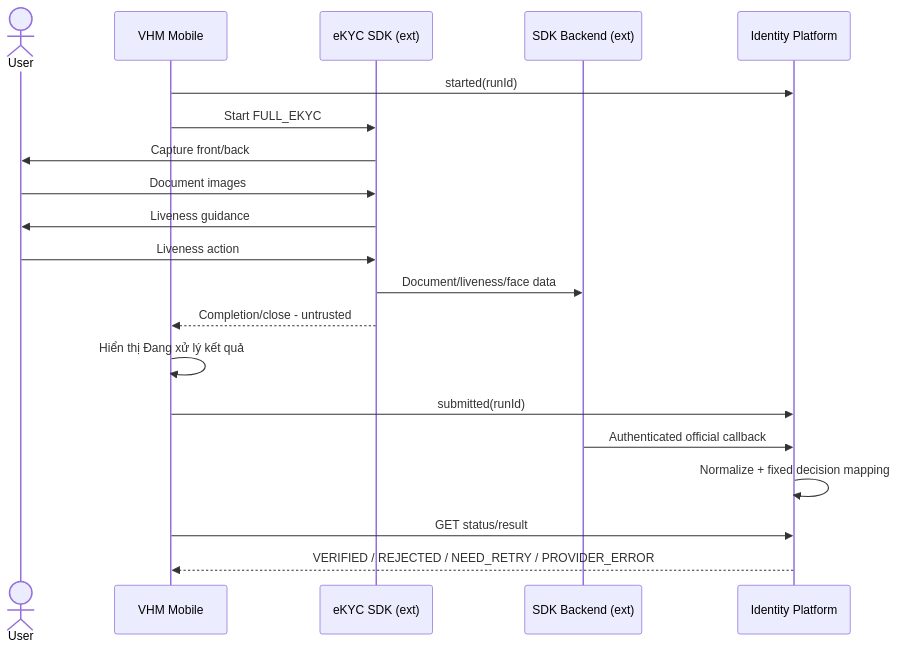
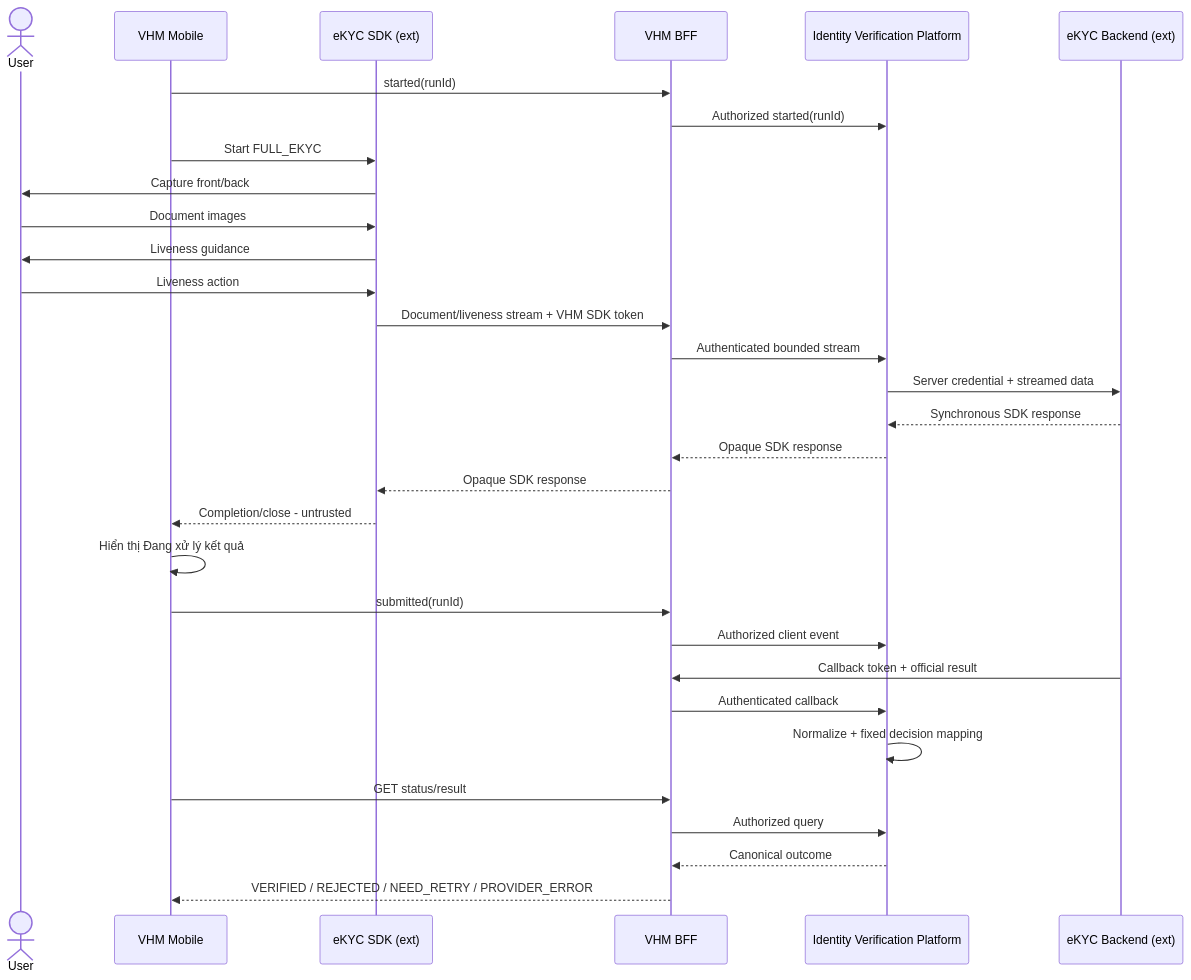
Diagram 15 of 23 in README.md (huynv-xyz/vhm), drawn with Mermaid before and after one commit. The commit also changed other lines of this file, not shown here.

````diff
--- a/README.md
+++ b/README.md
@@ -1803,22 +1930,33 @@
 ```mermaid
 sequenceDiagram
     actor User
     participant APP as VHM Mobile
     participant SDK as eKYC SDK (ext)
-    participant BACKEND as SDK Backend (ext)
-    participant IV as Identity Platform
-    APP->>IV: started(runId)
+    participant BFF as VHM BFF
+    participant IV as Identity Verification Platform
+    participant BACKEND as eKYC Backend (ext)
+    APP->>BFF: started(runId)
+    BFF->>IV: Authorized started(runId)
     APP->>SDK: Start FULL_EKYC
     SDK->>User: Capture front/back
     User->>SDK: Document images
     SDK->>User: Liveness guidance
     User->>SDK: Liveness action
-    SDK->>BACKEND: Document/liveness/face data
+    SDK->>BFF: Document/liveness stream + VHM SDK token
+    BFF->>IV: Authenticated bounded stream
+    IV->>BACKEND: Server credential + streamed data
+    BACKEND-->>IV: Synchronous SDK response
+    IV-->>BFF: Opaque SDK response
+    BFF-->>SDK: Opaque SDK response
     SDK-->>APP: Completion/close - untrusted
     APP->>APP: Hiển thị Đang xử lý kết quả
-    APP->>IV: submitted(runId)
-    BACKEND->>IV: Authenticated official callback
+    APP->>BFF: submitted(runId)
+    BFF->>IV: Authorized client event
+    BACKEND->>BFF: Callback token + official result
+    BFF->>IV: Authenticated callback
     IV->>IV: Normalize + fixed decision mapping
-    APP->>IV: GET status/result
-    IV-->>APP: VERIFIED / REJECTED / NEED_RETRY / PROVIDER_ERROR
+    APP->>BFF: GET status/result
+    BFF->>IV: Authorized query
+    IV-->>BFF: Canonical outcome
+    BFF-->>APP: VERIFIED / REJECTED / NEED_RETRY / PROVIDER_ERROR
 ```
````
